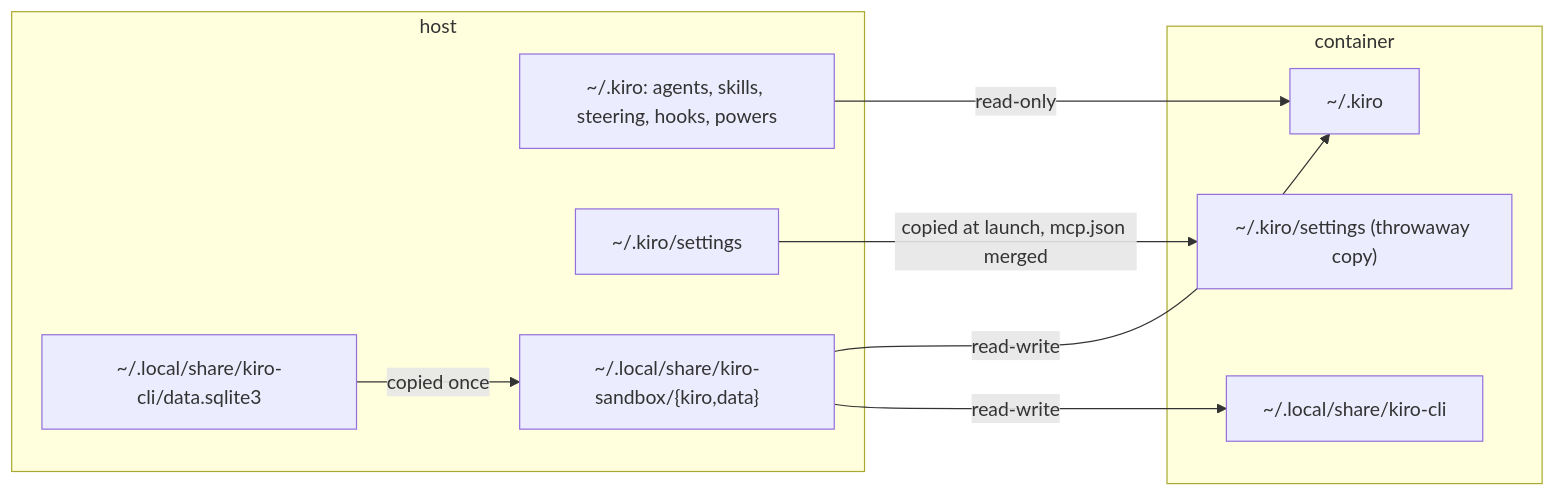
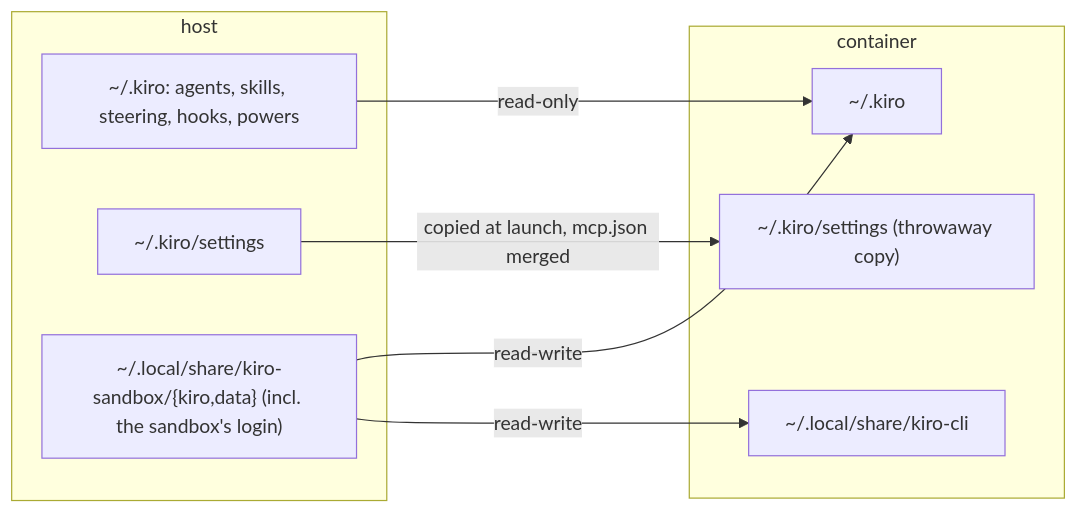
The diagram in docs/kiro-sandbox.md (zero4573/nixos), drawn with Mermaid before and after one commit. The commit also changed other lines of this file and 6 other files, not shown here.

````diff
--- a/docs/kiro-sandbox.md
+++ b/docs/kiro-sandbox.md
@@ -33,19 +33,17 @@
 ```mermaid
 flowchart LR
     subgraph host["host"]
         hk["~/.kiro: agents, skills, steering, hooks, powers"]
         hs["~/.kiro/settings"]
-        hd["~/.local/share/kiro-cli/data.sqlite3"]
-        st["~/.local/share/kiro-sandbox/{kiro,data}"]
+        st["~/.local/share/kiro-sandbox/{kiro,data} (incl. the sandbox's login)"]
     end
     subgraph c["container"]
         ck["~/.kiro"]
         cs["~/.kiro/settings (throwaway copy)"]
         cd["~/.local/share/kiro-cli"]
     end
     st -->|"read-write"| ck
     st -->|"read-write"| cd
     hk -->|"read-only"| ck
     hs -->|"copied at launch, mcp.json merged"| cs
-    hd -->|"copied once"| st
 ```
````
